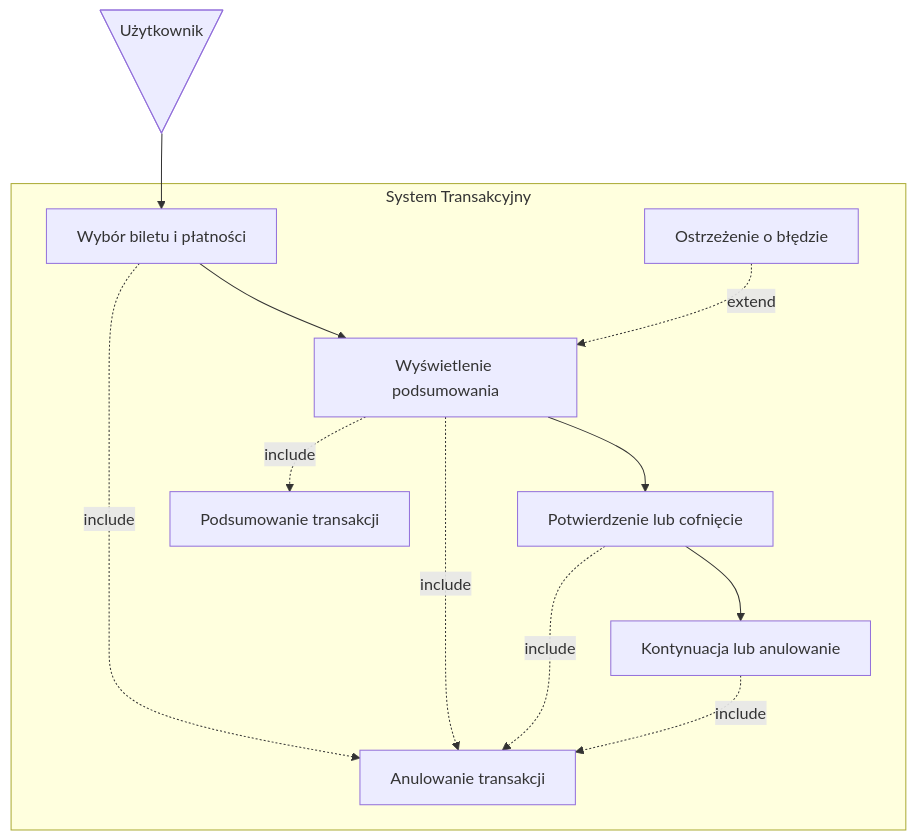
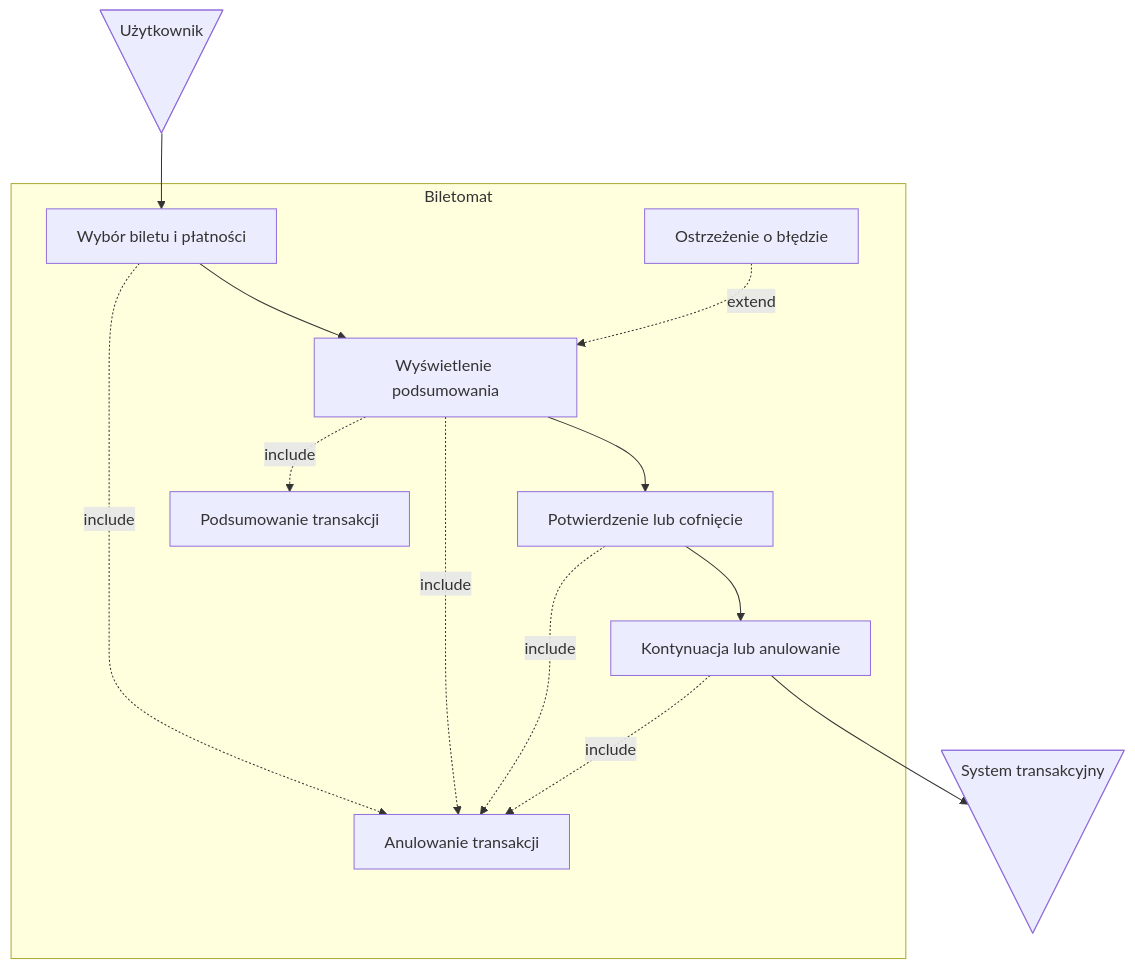
Before and after one commit to MarcinMarszewski/dowolna_nazwa: the third of 6 diagrams in userstories/user.md, drawn with Mermaid. The commit also changed other lines of this file, not shown here.

````diff
--- a/userstories/user.md
+++ b/userstories/user.md
@@ -94,34 +94,36 @@
 ```mermaid
 graph TD
   US@{ shape: manual-file, label: "Użytkownik" }
+  TS@{ shape: manual-file, label: "System transakcyjny" }
   uc1[Wybór biletu i płatności]
   uc2[Wyświetlenie podsumowania]
   uc3[Potwierdzenie lub cofnięcie]
   uc4[Kontynuacja lub anulowanie]
   uc5[Anulowanie transakcji]
   uc6[Ostrzeżenie o błędzie]
   uc7[Podsumowanie transakcji]
 
   US  --> uc1
   uc1 --> uc2
   uc2 --> uc3
   uc3 --> uc4
+  uc4 --> TS
 
   uc1 -. include .-> uc5
   uc2 -. include .-> uc5
   uc3 -. include .-> uc5
   uc4 -. include .-> uc5
   uc6 -. extend .-> uc2
   uc2 -. include .-> uc7
 
-subgraph System Transakcyjny
+subgraph Biletomat
   uc1
   uc2
   uc3
   uc4
   uc5
   uc6
   uc7
 end
 
 ```
````
